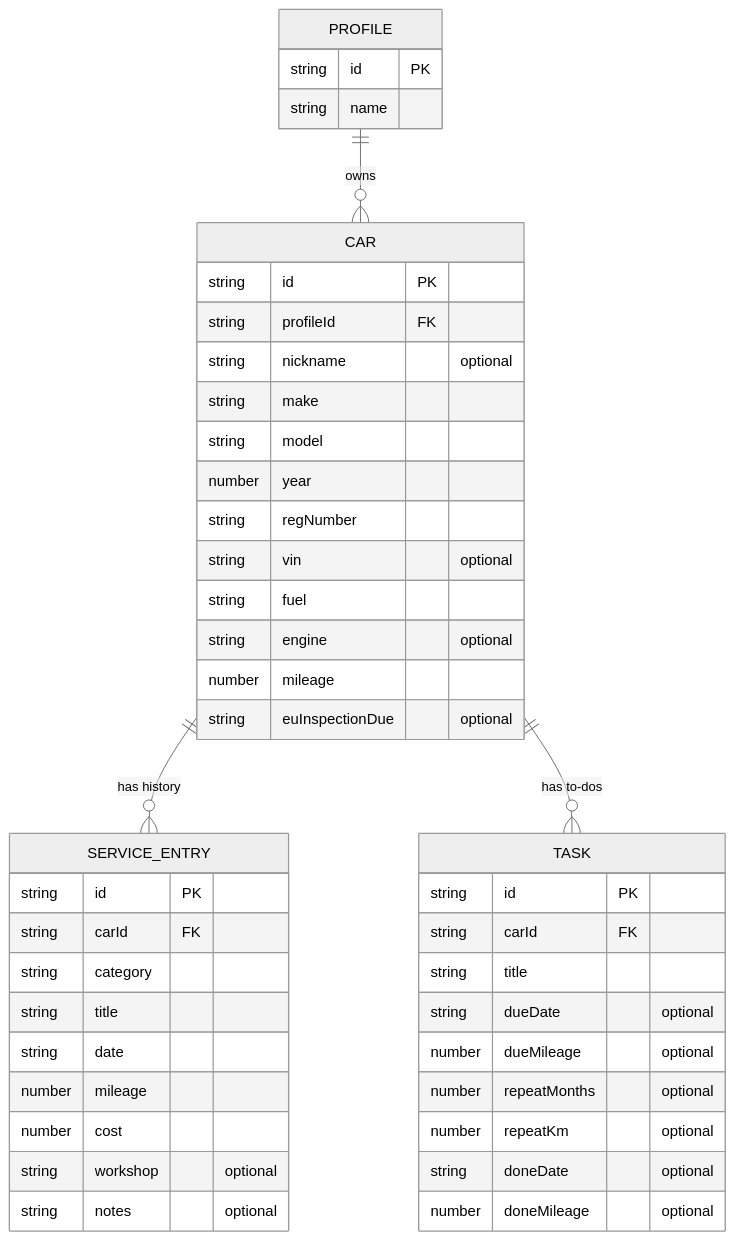
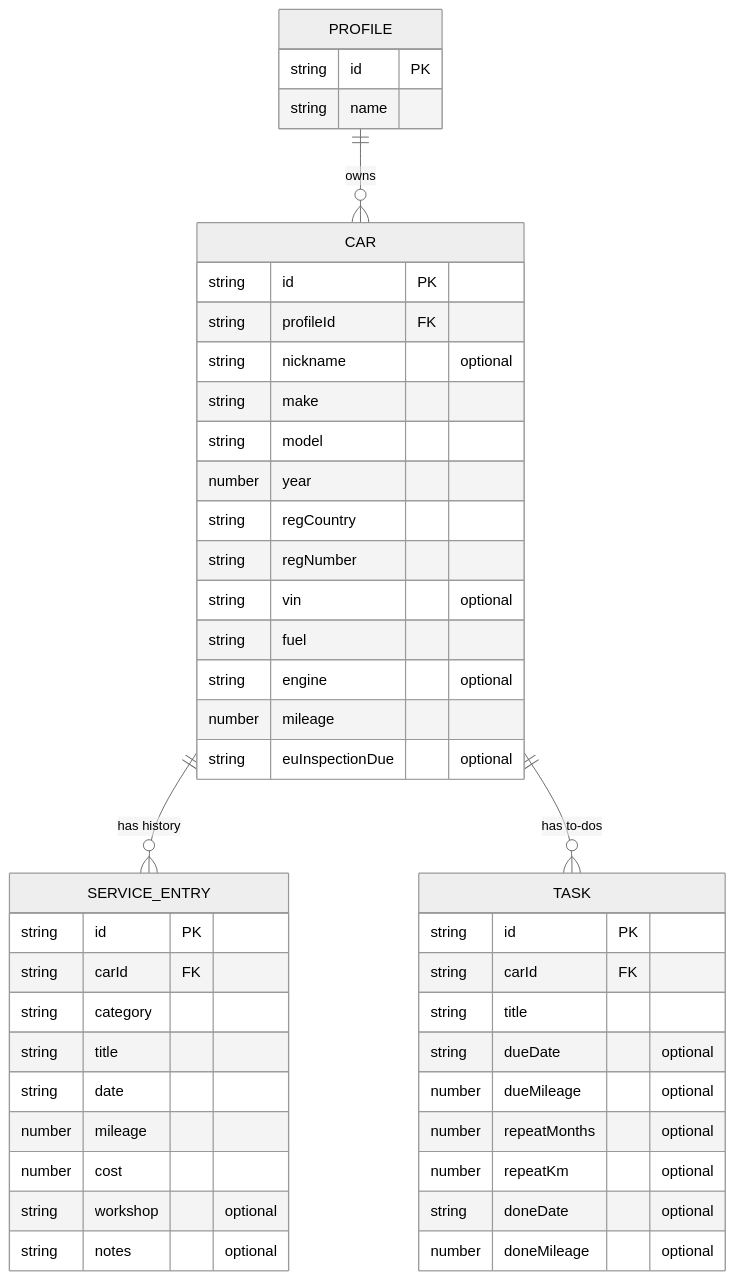
One commit to motorcatalog/motorcatalog changed the diagram in docs/design/data-model.md. Above: the diagram before and after it, drawn with Mermaid (neutral theme). The commit also changed other lines of this file and 12 other files, not shown here.

````diff
--- a/docs/design/data-model.md
+++ b/docs/design/data-model.md
@@ -26,46 +26,47 @@
 ```mermaid
 erDiagram
   PROFILE ||--o{ CAR : owns
   CAR ||--o{ SERVICE_ENTRY : "has history"
   CAR ||--o{ TASK : "has to-dos"
   PROFILE {
     string id PK
     string name
   }
   CAR {
     string id PK
     string profileId FK
     string nickname "optional"
     string make
     string model
     number year
+    string regCountry
     string regNumber
     string vin "optional"
     string fuel
     string engine "optional"
     number mileage
     string euInspectionDue "optional"
   }
   SERVICE_ENTRY {
     string id PK
     string carId FK
     string category
     string title
     string date
     number mileage
     number cost
     string workshop "optional"
     string notes "optional"
   }
   TASK {
     string id PK
     string carId FK
     string title
     string dueDate "optional"
     number dueMileage "optional"
     number repeatMonths "optional"
     number repeatKm "optional"
     string doneDate "optional"
     number doneMileage "optional"
   }
 ```
````
